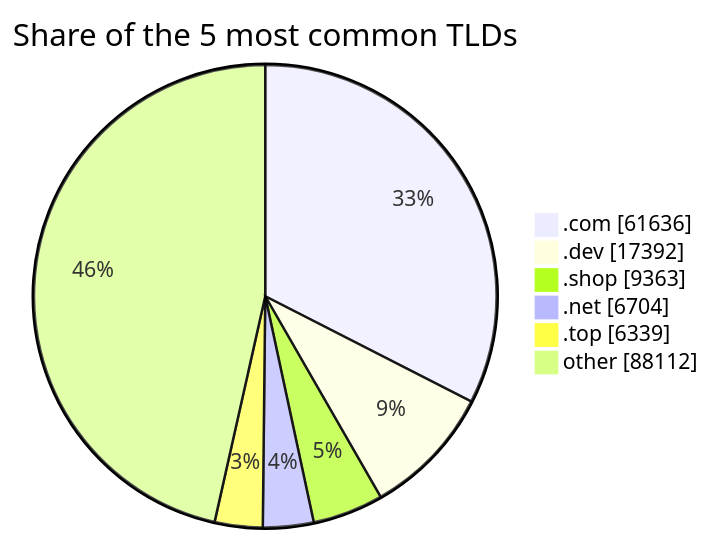
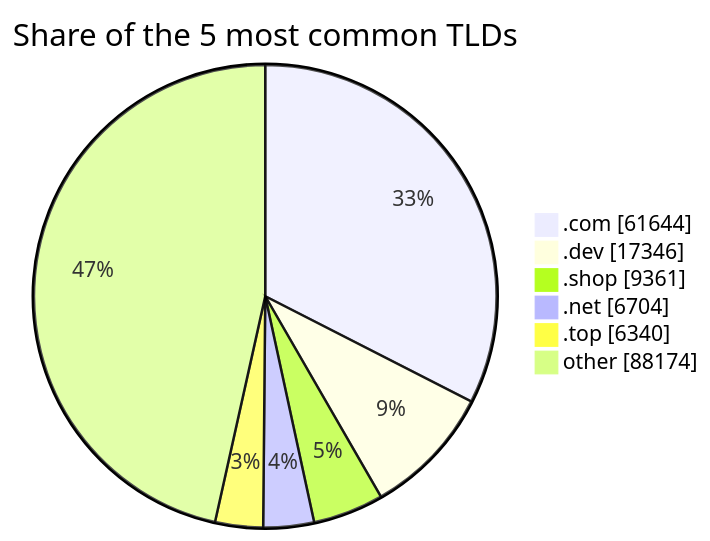
Before and after one commit to DNSBunker/CTI: the third of 3 diagrams in README.md, drawn with Mermaid. The commit also changed other lines of this file and 3 other files, not shown here.

````diff
--- a/README.md
+++ b/README.md
@@ -81,9 +81,9 @@
 ```mermaid
 pie showData title Share of the 5 most common TLDs
-    ".com" : 61636
-    ".dev" : 17392
-    ".shop" : 9363
+    ".com" : 61644
+    ".dev" : 17346
+    ".shop" : 9361
     ".net" : 6704
-    ".top" : 6339
-    "other" : 88112
+    ".top" : 6340
+    "other" : 88174
 ```
````
